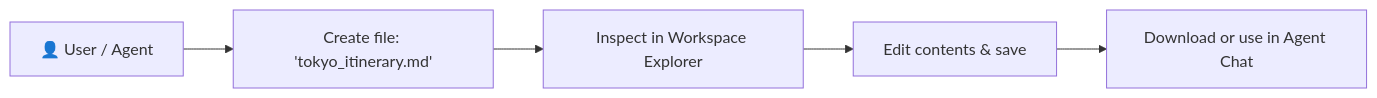
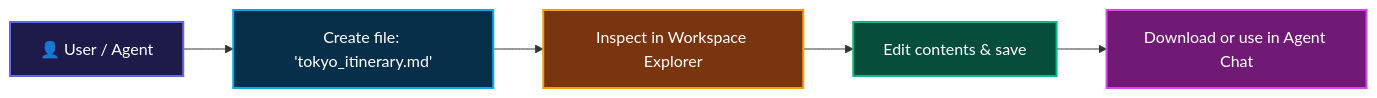
The diagram in docs/05_workspace_files.md (vdonthireddy/agentic-ai), drawn with Mermaid before and after one commit. The commit also changed 10 other files, not shown here.

Commit message:
docs(styling): enrich Mermaid flowcharts with vibrant, glowing classDef colors across all documentation guides

````diff
--- a/docs/05_workspace_files.md
+++ b/docs/05_workspace_files.md
@@ -34,7 +34,19 @@
 ```mermaid
 flowchart LR
     User["👤 User / Agent"] --> Create["Create file: 'tokyo_itinerary.md'"]
     Create --> View["Inspect in Workspace Explorer"]
     View --> Edit["Edit contents & save"]
     Edit --> Down["Download or use in Agent Chat"]
+
+    classDef cIndigo fill:#1e1b4b,stroke:#6366f1,stroke-width:2px,color:#fff;
+    classDef cCyan fill:#082f49,stroke:#0ea5e9,stroke-width:2px,color:#fff;
+    classDef cAmber fill:#78350f,stroke:#f59e0b,stroke-width:2px,color:#fff;
+    classDef cEmerald fill:#064e3b,stroke:#10b981,stroke-width:2px,color:#fff;
+    classDef cFuchsia fill:#701a75,stroke:#d946ef,stroke-width:2px,color:#fff;
+
+    class User cIndigo;
+    class Create cCyan;
+    class View cAmber;
+    class Edit cEmerald;
+    class Down cFuchsia;
 ```
````
